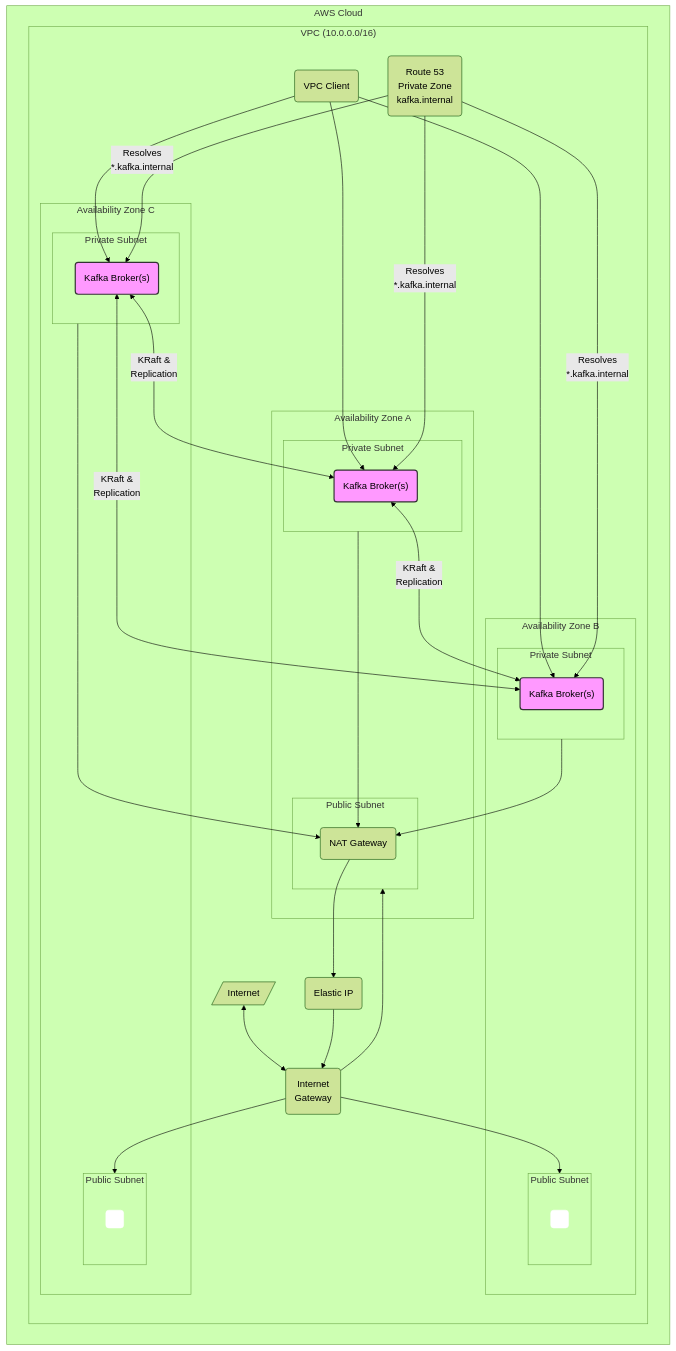
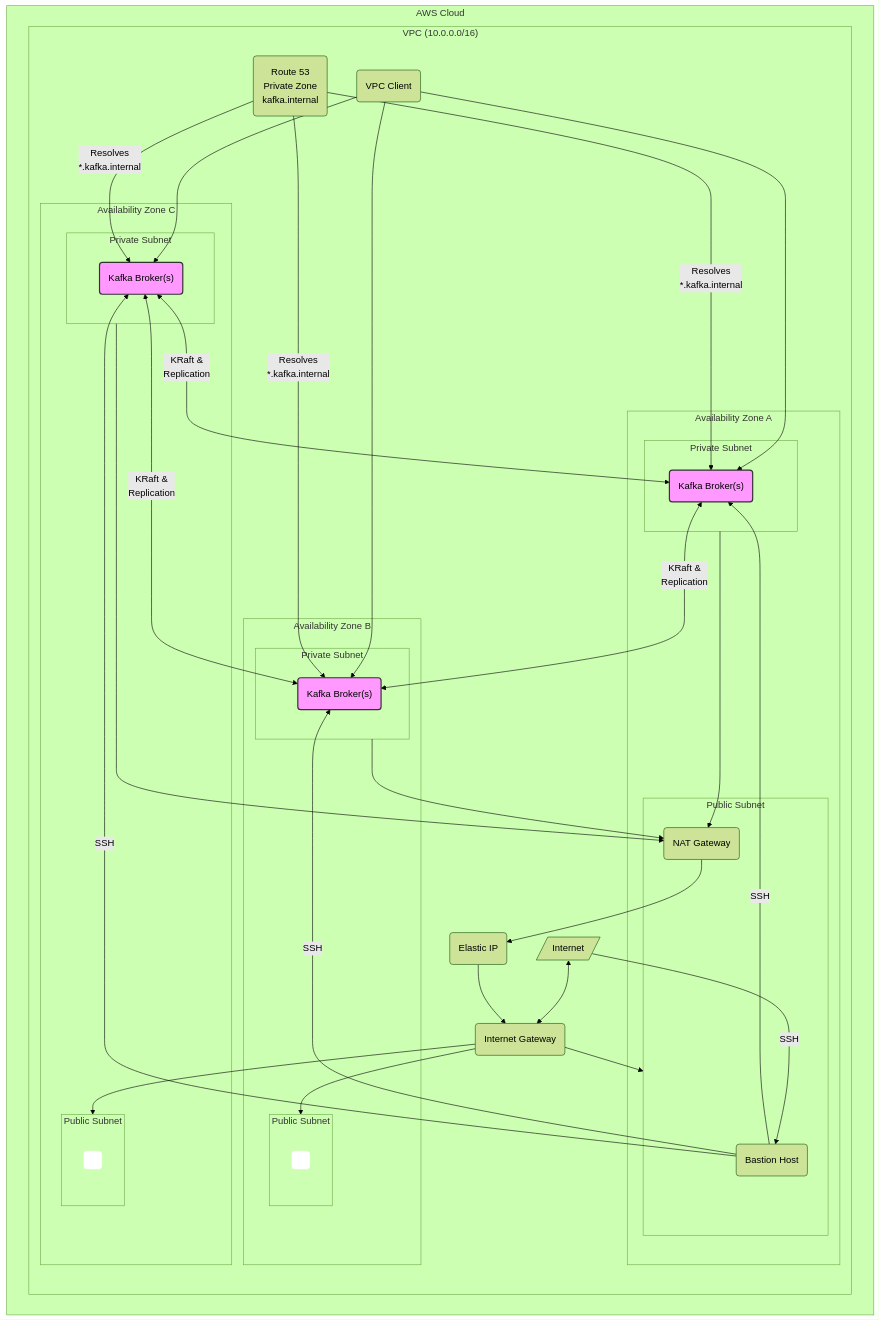
The diagram in README.md (mooowu/kafka-playground), drawn with Mermaid (forest theme) before and after one commit. The commit also changed other lines of this file, not shown here.

Commit message:
docs: README.md 업데이트 - 아키텍처 다이어그램에 배스천 호스트 추가 및 실행 방법과 사전 요구 사항 섹션 추가

````diff
--- a/README.md
+++ b/README.md
@@ -9,63 +9,71 @@
 ```mermaid
 graph TD
     subgraph "AWS Cloud"
         subgraph VPC ["VPC (10.0.0.0/16)"]
+            IGW(Internet Gateway)
             
             subgraph AZ1 ["Availability Zone A"]
                 subgraph PubSub1 [Public Subnet]
+                    Bastion(Bastion Host)
                     NAT(NAT Gateway)
                 end
                 subgraph PrivSub1 [Private Subnet]
                     K1("Kafka Broker(s)")
                 end
             end
             
             subgraph AZ2 ["Availability Zone B"]
                 subgraph PubSub2 [Public Subnet]
                     p2(" ")
                 end
                 subgraph PrivSub2 [Private Subnet]
                     K2("Kafka Broker(s)")
                 end
             end
             
             subgraph AZ3 ["Availability Zone C"]
                  subgraph PubSub3 [Public Subnet]
                     p3(" ")
                 end
                 subgraph PrivSub3 [Private Subnet]
                     K3("Kafka Broker(s)")
                 end
             end
             
+            Internet[/Internet/] -- SSH --> Bastion
+            Internet <--> IGW
+            
+            Bastion -- SSH --> K1
+            Bastion -- SSH --> K2
+            Bastion -- SSH --> K3
+
             Client(VPC Client) --> K1
             Client --> K2
             Client --> K3
             
-            Internet[/"Internet"/] <--> IGW(Internet<br>Gateway)
             IGW --> PubSub1
             IGW --> PubSub2
             IGW --> PubSub3
             
             PrivSub1 --> NAT
             PrivSub2 --> NAT
             PrivSub3 --> NAT
             NAT --> EIP(Elastic IP)
             EIP --> IGW
             
             R53(Route 53<br>Private Zone<br>kafka.internal)
             R53 -- "Resolves<br>*.kafka.internal" --> K1
             R53 -- "Resolves<br>*.kafka.internal" --> K2
             R53 -- "Resolves<br>*.kafka.internal" --> K3
             
             K1 <-- "KRaft &<br>Replication" --> K2
             K2 <-- "KRaft &<br>Replication" --> K3
             K3 <-- "KRaft &<br>Replication" --> K1
         end
     end
 style K1 fill:#f9f,stroke:#333,stroke-width:2px
 style K2 fill:#f9f,stroke:#333,stroke-width:2px
 style K3 fill:#f9f,stroke:#333,stroke-width:2px
 style p2 fill:#fff,stroke:#fff
 style p3 fill:#fff,stroke:#fff
-``` 
+```
````
